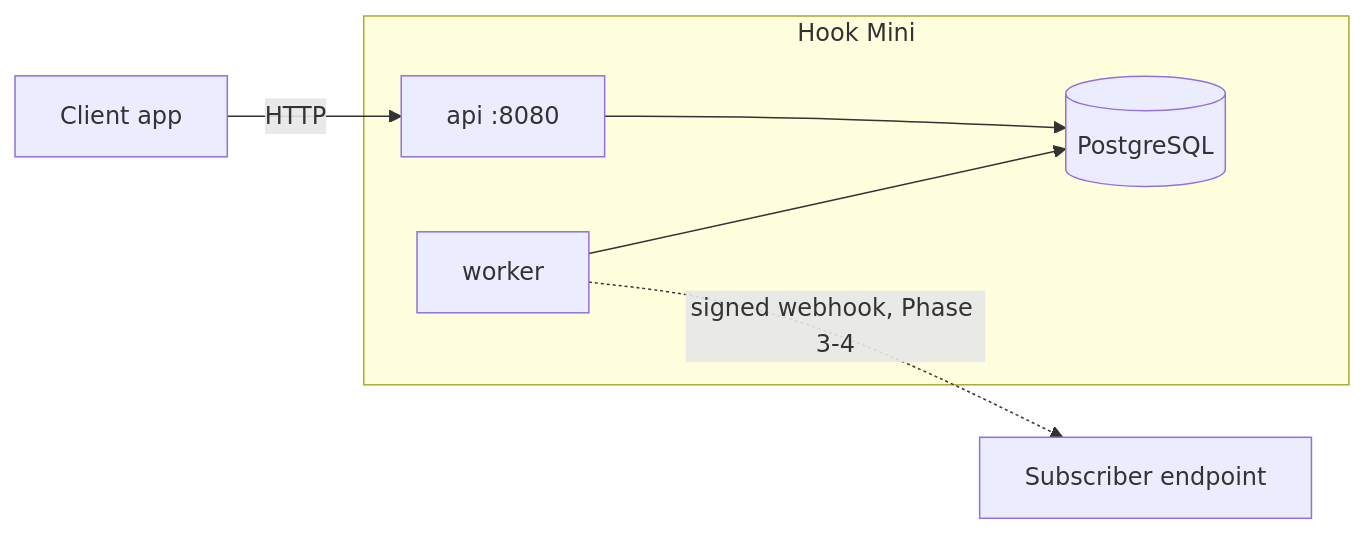
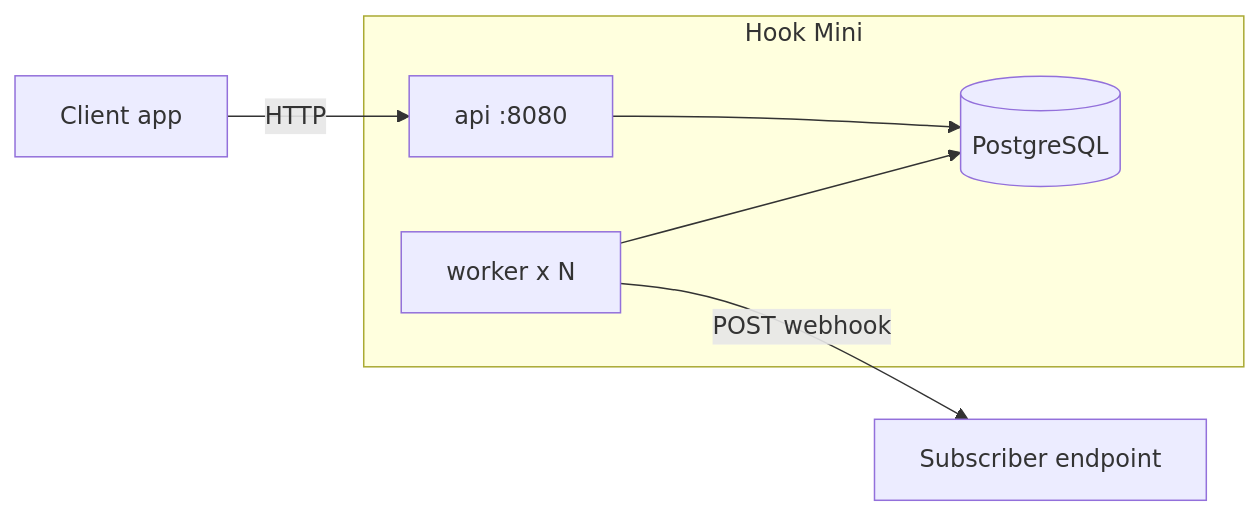
Before and after one commit to burakcelik1061-star/hook-mini: the first of 3 diagrams in README.md, drawn with Mermaid. The commit also changed other lines of this file and 24 other files, not shown here.

First line of the commit message:
Phase 3: delivery queue and worker

````diff
--- a/README.md
+++ b/README.md
@@ -14,12 +15,12 @@
 ```mermaid
 flowchart LR
     client[Client app] -->|HTTP| api
     subgraph Hook Mini
         api[api :8080]
-        worker[worker]
+        worker[worker x N]
         pg[(PostgreSQL)]
         api --> pg
         worker --> pg
     end
-    worker -.->|signed webhook, Phase 3-4| sub[Subscriber endpoint]
+    worker -->|POST webhook| sub[Subscriber endpoint]
 ```
````
